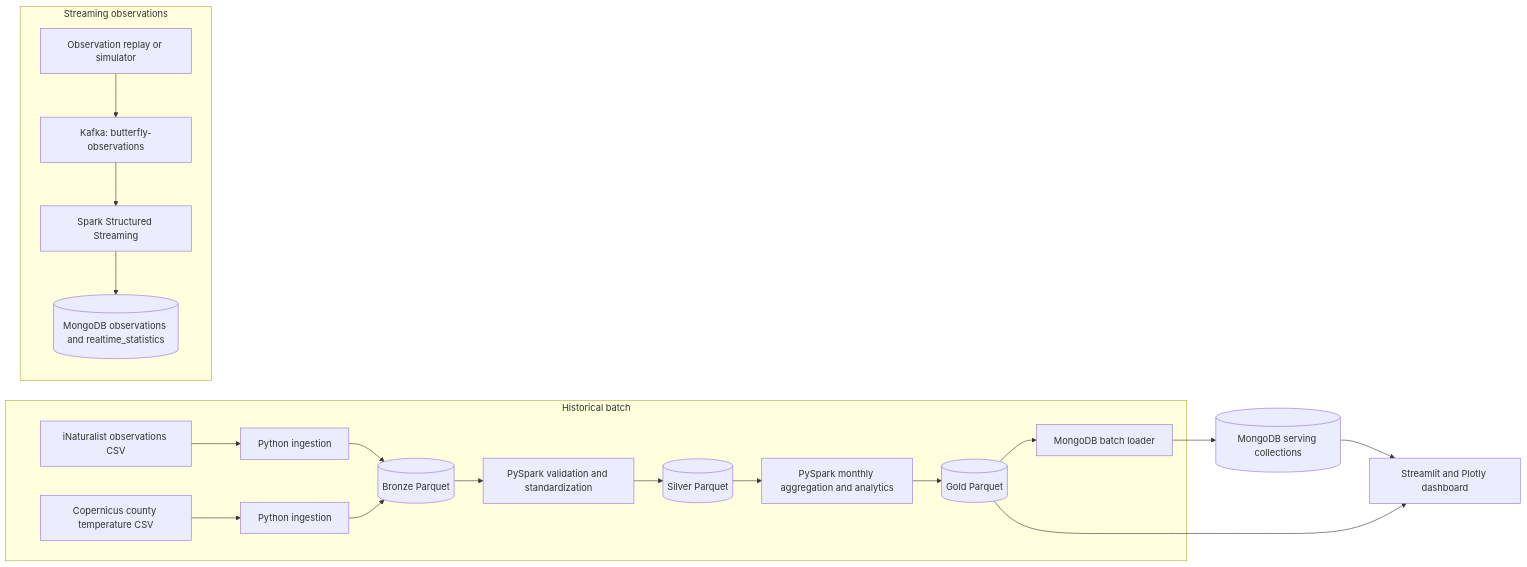
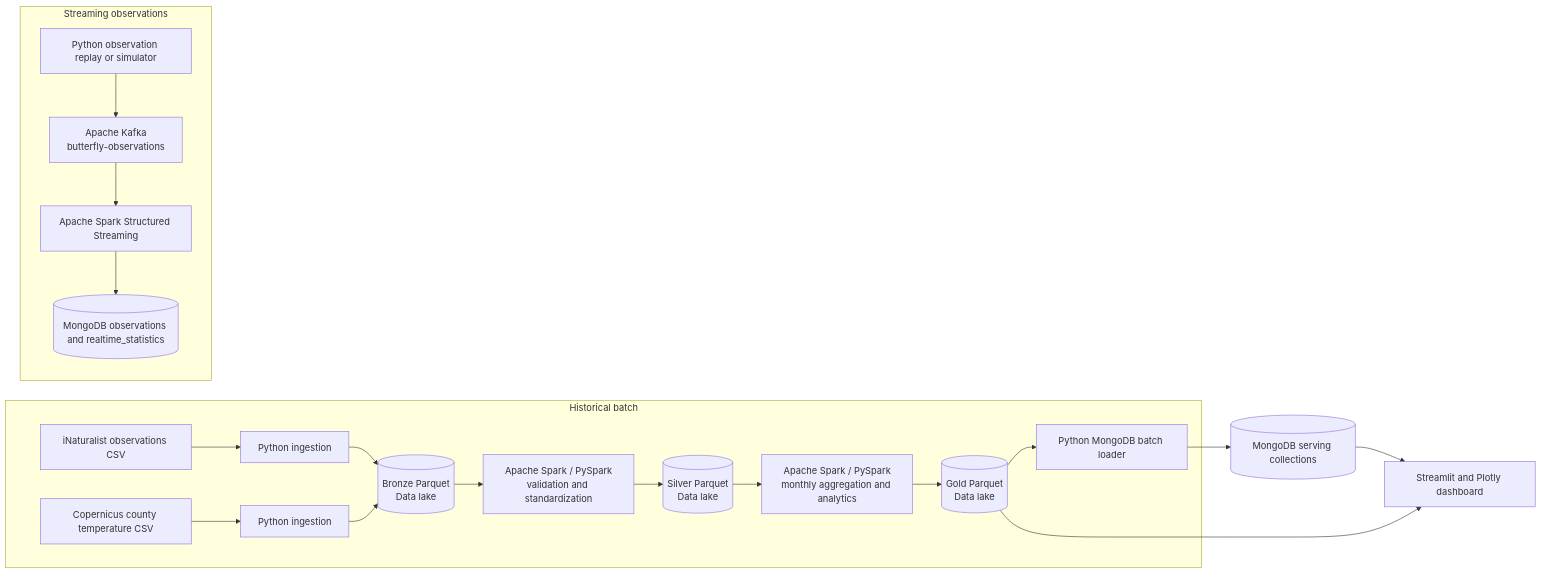
The first of 2 diagrams in README.md (MARKUCI14/BigData), drawn with Mermaid before and after one commit. The commit also changed other lines of this file, not shown here.

Commit message:
Refs #26: Document streaming architecture flow

````diff
--- a/README.md
+++ b/README.md
@@ -21,22 +21,22 @@
 ```mermaid
 flowchart LR
   subgraph Historical[Historical batch]
     IN[iNaturalist observations CSV] --> IB[Python ingestion]
     WX[Copernicus county temperature CSV] --> WB[Python ingestion]
-    IB --> B[(Bronze Parquet)]
+    IB --> B[(Bronze Parquet<br/>Data lake)]
     WB --> B
-    B --> SP[PySpark validation and standardization]
-    SP --> S[(Silver Parquet)]
-    S --> GP[PySpark monthly aggregation and analytics]
-    GP --> G[(Gold Parquet)]
-    G --> ML[MongoDB batch loader]
+    B --> SP[Apache Spark / PySpark<br/>validation and standardization]
+    SP --> S[(Silver Parquet<br/>Data lake)]
+    S --> GP[Apache Spark / PySpark<br/>monthly aggregation and analytics]
+    GP --> G[(Gold Parquet<br/>Data lake)]
+    G --> ML[Python MongoDB batch loader]
   end
   subgraph Realtime[Streaming observations]
-    SIM[Observation replay or simulator] --> K[Kafka: butterfly-observations]
-    K --> SS[Spark Structured Streaming]
+    SIM[Python observation replay or simulator] --> K[Apache Kafka<br/>butterfly-observations]
+    K --> SS[Apache Spark Structured Streaming]
     SS --> MR[(MongoDB observations and realtime_statistics)]
   end
   ML --> M[(MongoDB serving collections)]
   M --> D[Streamlit and Plotly dashboard]
   G --> D
 ```
````
